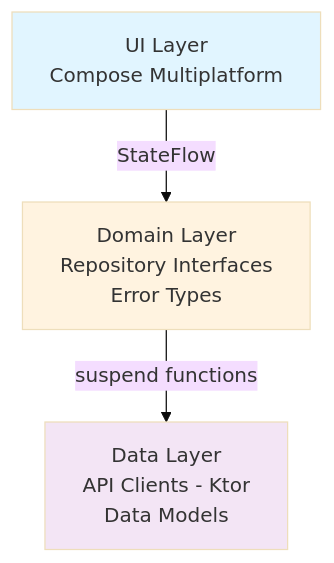
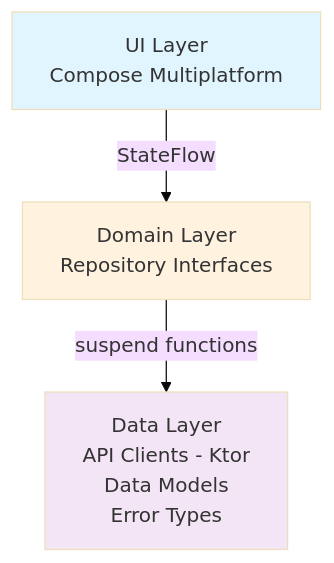
Before and after one commit to adjorno/billib: the diagram in docs/ARCHITECTURE.md, drawn with Mermaid (base theme).

````diff
--- a/docs/ARCHITECTURE.md
+++ b/docs/ARCHITECTURE.md
@@ -10,13 +10,13 @@
 ```mermaid
 graph TD
     A[UI Layer<br/>Compose Multiplatform]
-    B[Domain Layer<br/>Repository Interfaces<br/>Error Types]
-    C[Data Layer<br/>API Clients - Ktor<br/>Data Models]
+    B[Domain Layer<br/>Repository Interfaces]
+    C[Data Layer<br/>API Clients - Ktor<br/>Data Models<br/>Error Types]
 
     A -->|StateFlow| B
     B -->|suspend functions| C
 
     style A fill:#e1f5ff
     style B fill:#fff3e0
     style C fill:#f3e5f5
 ```
````
